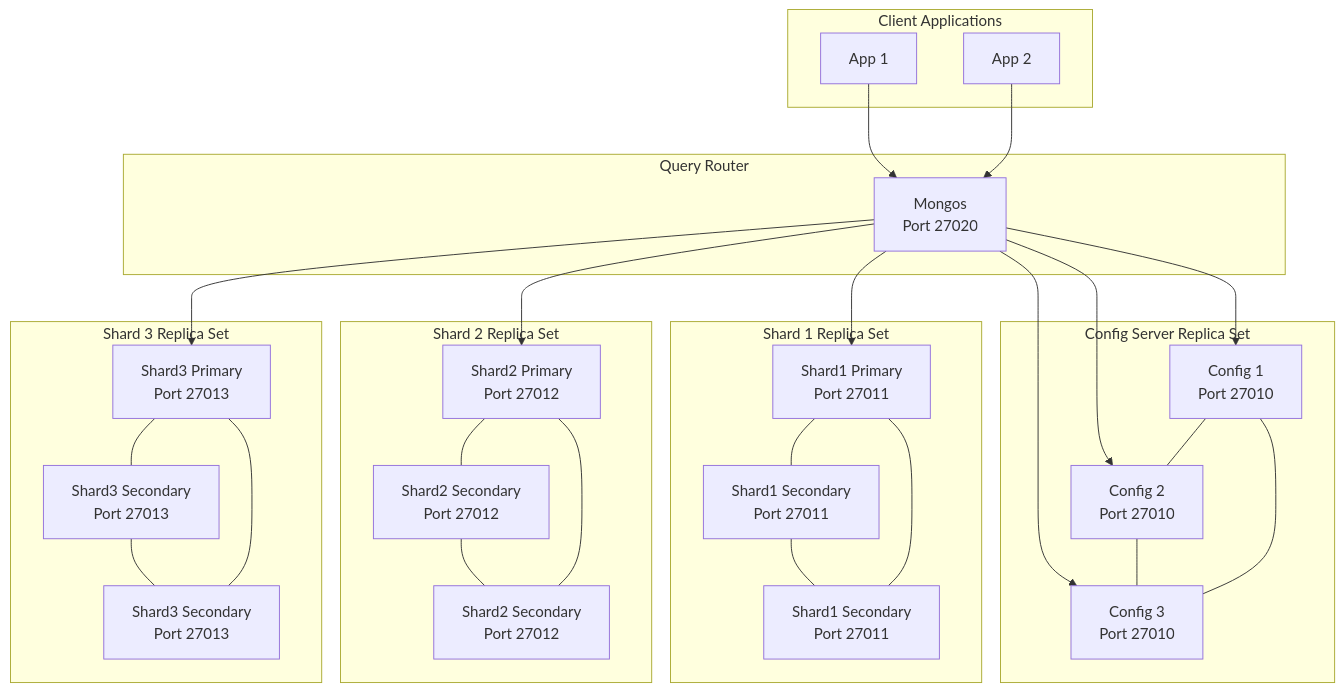
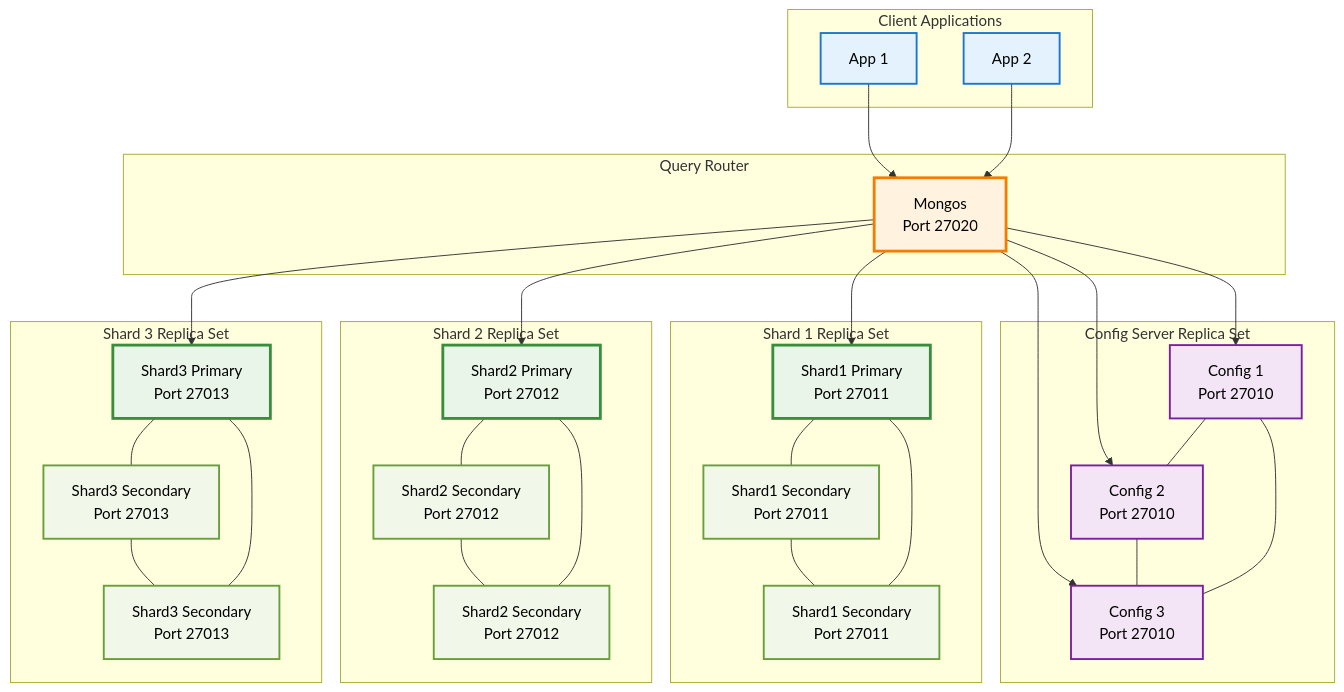
The first of 15 diagrams in DB/Mongo-Sharding/mongo-sharding-practice.md (ngockhanhvd2812/DBA), drawn with Mermaid before and after one commit. The commit also changed other lines of this file, not shown here.

````diff
--- a/DB/Mongo-Sharding/mongo-sharding-practice.md
+++ b/DB/Mongo-Sharding/mongo-sharding-practice.md
@@ -3,60 +3,74 @@
 ```mermaid
 graph TB
     subgraph "Client Applications"
         APP1[App 1]
         APP2[App 2]
     end
     
     subgraph "Query Router"
         MONGOS[Mongos<br/>Port 27020]
     end
     
     subgraph "Config Server Replica Set"
         CFG1[Config 1<br/>Port 27010]
         CFG2[Config 2<br/>Port 27010]
         CFG3[Config 3<br/>Port 27010]
     end
     
     subgraph "Shard 1 Replica Set"
         S1P[Shard1 Primary<br/>Port 27011]
         S1S1[Shard1 Secondary<br/>Port 27011]
         S1S2[Shard1 Secondary<br/>Port 27011]
     end
     
     subgraph "Shard 2 Replica Set"
         S2P[Shard2 Primary<br/>Port 27012]
         S2S1[Shard2 Secondary<br/>Port 27012]
         S2S2[Shard2 Secondary<br/>Port 27012]
     end
     
     subgraph "Shard 3 Replica Set"
         S3P[Shard3 Primary<br/>Port 27013]
         S3S1[Shard3 Secondary<br/>Port 27013]
         S3S2[Shard3 Secondary<br/>Port 27013]
     end
     
     APP1 --> MONGOS
     APP2 --> MONGOS
     MONGOS --> CFG1
     MONGOS --> CFG2
     MONGOS --> CFG3
     MONGOS --> S1P
     MONGOS --> S2P
     MONGOS --> S3P
     
     CFG1 --- CFG2
     CFG2 --- CFG3
     CFG3 --- CFG1
     
     S1P --- S1S1
     S1S1 --- S1S2
     S1S2 --- S1P
     
     S2P --- S2S1
     S2S1 --- S2S2
     S2S2 --- S2P
     
     S3P --- S3S1
     S3S1 --- S3S2
     S3S2 --- S3P
+
+        %% Định nghĩa style cho các thành phần
+    classDef clientApp fill:#E3F2FD,stroke:#1976D2,stroke-width:2px,color:#000
+    classDef router fill:#FFF3E0,stroke:#F57C00,stroke-width:3px,color:#000
+    classDef configServer fill:#F3E5F5,stroke:#7B1FA2,stroke-width:2px,color:#000
+    classDef shardPrimary fill:#E8F5E8,stroke:#388E3C,stroke-width:3px,color:#000
+    classDef shardSecondary fill:#F1F8E9,stroke:#689F38,stroke-width:2px,color:#000
+    
+    %% Áp dụng style
+    class APP1,APP2 clientApp
+    class MONGOS router
+    class CFG1,CFG2,CFG3 configServer
+    class S1P,S2P,S3P shardPrimary
+    class S1S1,S1S2,S2S1,S2S2,S3S1,S3S2 shardSecondary
 ```
````
